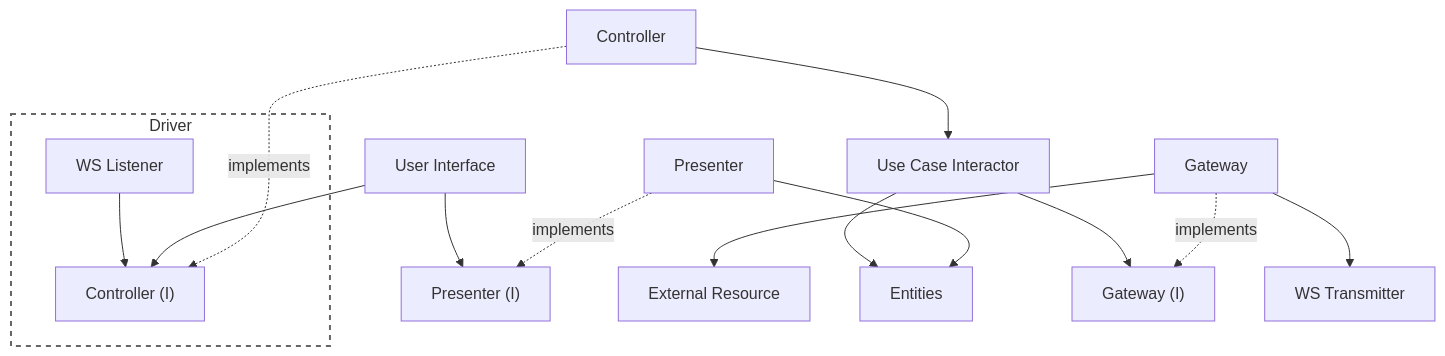
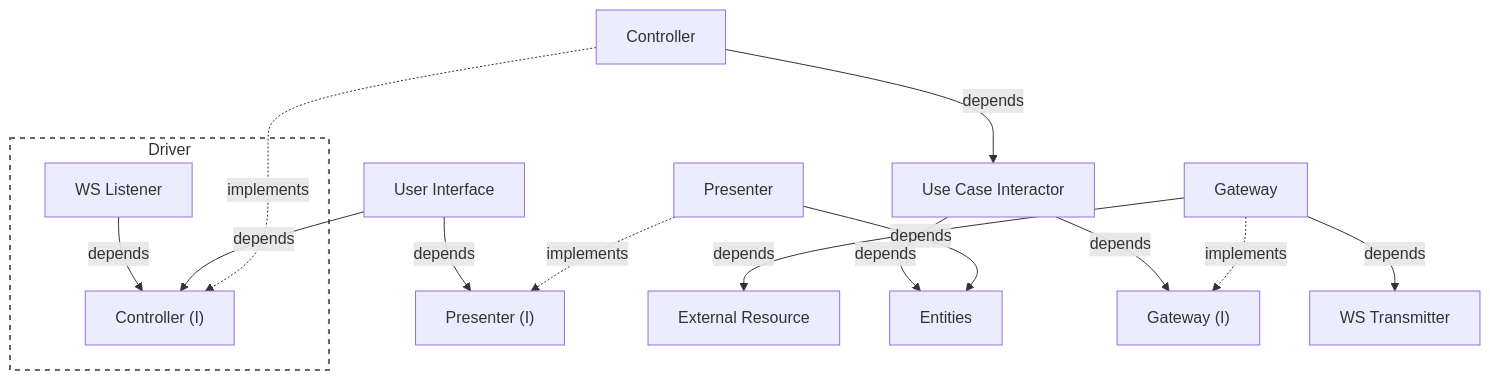
One commit to clean-reactive/documentation changed diagram 14 of 16 in docs/architecture.md. Above: the diagram before and after it, drawn with Mermaid. The commit also changed other lines of this file, not shown here.

Commit message:
Architecture: label arrows in mermaid diagrams

````diff
--- a/docs/architecture.md
+++ b/docs/architecture.md
@@ -926,39 +926,39 @@
 ```mermaid
 graph TD
 
 
 subgraph D1["Driver"]
 WSL["WS Listener"]
 CI["Controller (I)"]
 end
 
 UI[User Interface]
 PI["Presenter (I)"]
 G[Gateway]
 ER[External Resource]
 E[Entities]
 P[Presenter]
 C[Controller]
 GI["Gateway (I)"]
 UC[Use Case Interactor]
 WST[WS Transmitter]
 
 %% implementation relation
 P -. implements .-> PI
 C -. implements .-> CI
 G -. implements .-> GI
 
 %% dependency relation
-UI --> PI
-UI --> CI
-C --> UC
-P --> E
-UC --> E
-UC --> GI
-G --> ER
-G --> WST
-WSL --> CI
+UI -- depends --> PI
+UI -- depends --> CI
+C -- depends --> UC
+P -- depends --> E
+UC -- depends --> E
+UC -- depends --> GI
+G -- depends --> ER
+G -- depends --> WST
+WSL -- depends --> CI
 
 classDef driver fill:none,stroke:#666,stroke-width:2px,stroke-dasharray: 5 5;
 class D1 driver;
 ```
````
